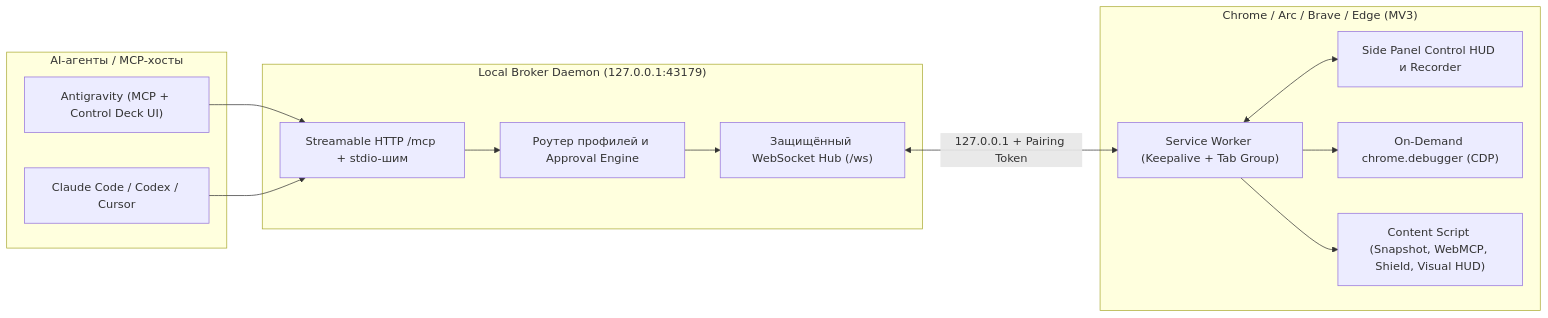
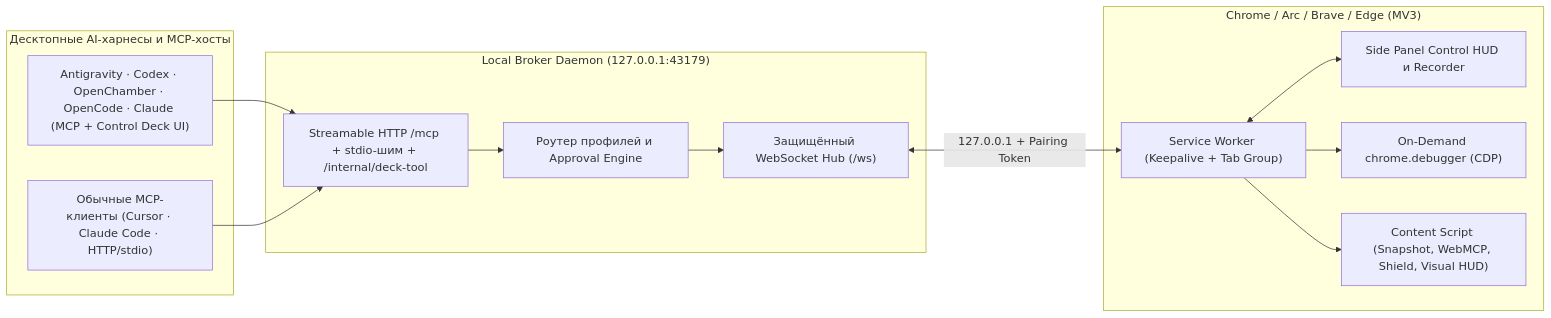
The diagram in README.ru.md (szybnev/chrome-browser-mcp), drawn with Mermaid before and after one commit. The commit also changed other lines of this file and 2 other files, not shown here.

````diff
--- a/README.ru.md
+++ b/README.ru.md
@@ -78,29 +78,29 @@
 ```mermaid
 flowchart LR
-    subgraph Clients["AI-агенты / MCP-хосты"]
-        AGY["Antigravity (MCP + Control Deck UI)"]
-        CLI["Claude Code / Codex / Cursor"]
+    subgraph Clients["Десктопные AI-харнесы и MCP-хосты"]
+        DECK["Antigravity · Codex · OpenChamber · OpenCode · Claude (MCP + Control Deck UI)"]
+        CLI["Обычные MCP-клиенты (Cursor · Claude Code · HTTP/stdio)"]
     end
 
     subgraph Broker["Local Broker Daemon (127.0.0.1:43179)"]
-        MCP["Streamable HTTP /mcp + stdio-шим"]
+        MCP["Streamable HTTP /mcp + stdio-шим + /internal/deck-tool"]
         HUB["Роутер профилей и Approval Engine"]
         WS["Защищённый WebSocket Hub (/ws)"]
     end
 
     subgraph Chrome["Chrome / Arc / Brave / Edge (MV3)"]
         SW["Service Worker (Keepalive + Tab Group)"]
         HUD["Side Panel Control HUD и Recorder"]
         CDP["On-Demand chrome.debugger (CDP)"]
         CS["Content Script (Snapshot, WebMCP, Shield, Visual HUD)"]
     end
 
-    AGY --> MCP
+    DECK --> MCP
     CLI --> MCP
     MCP --> HUB
     HUB --> WS
     WS <-->|"127.0.0.1 + Pairing Token"| SW
     SW <--> HUD
     SW --> CDP
     SW --> CS
 ```
````
